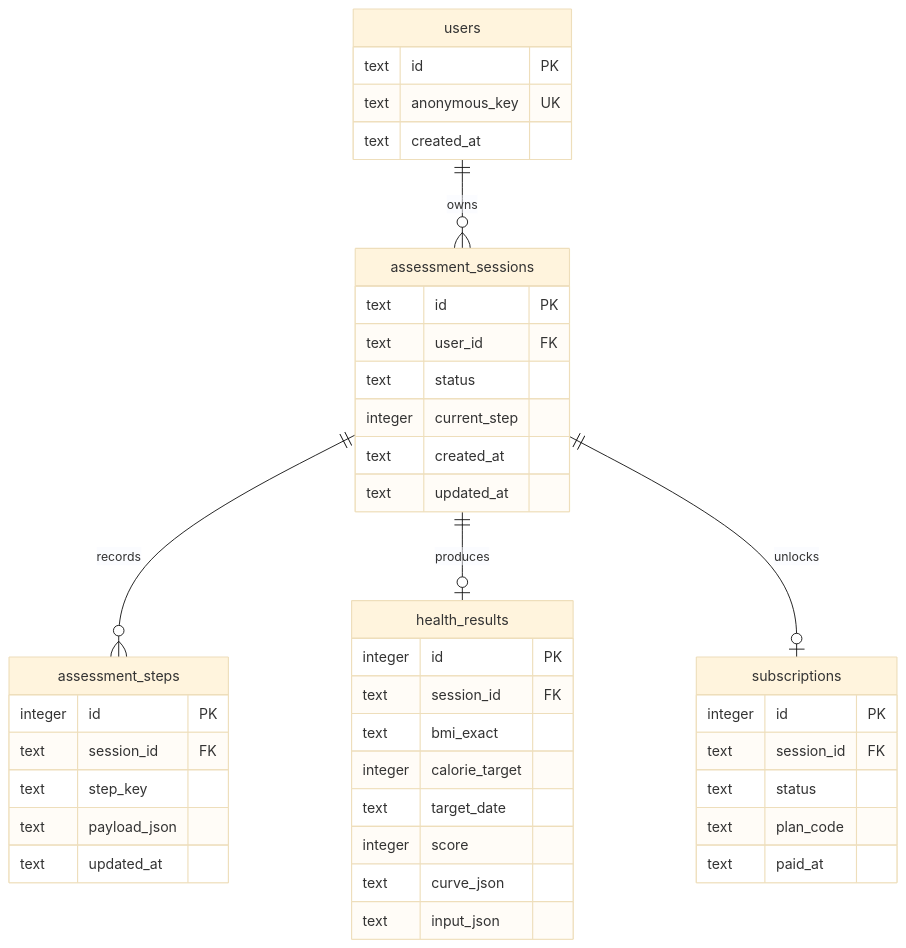
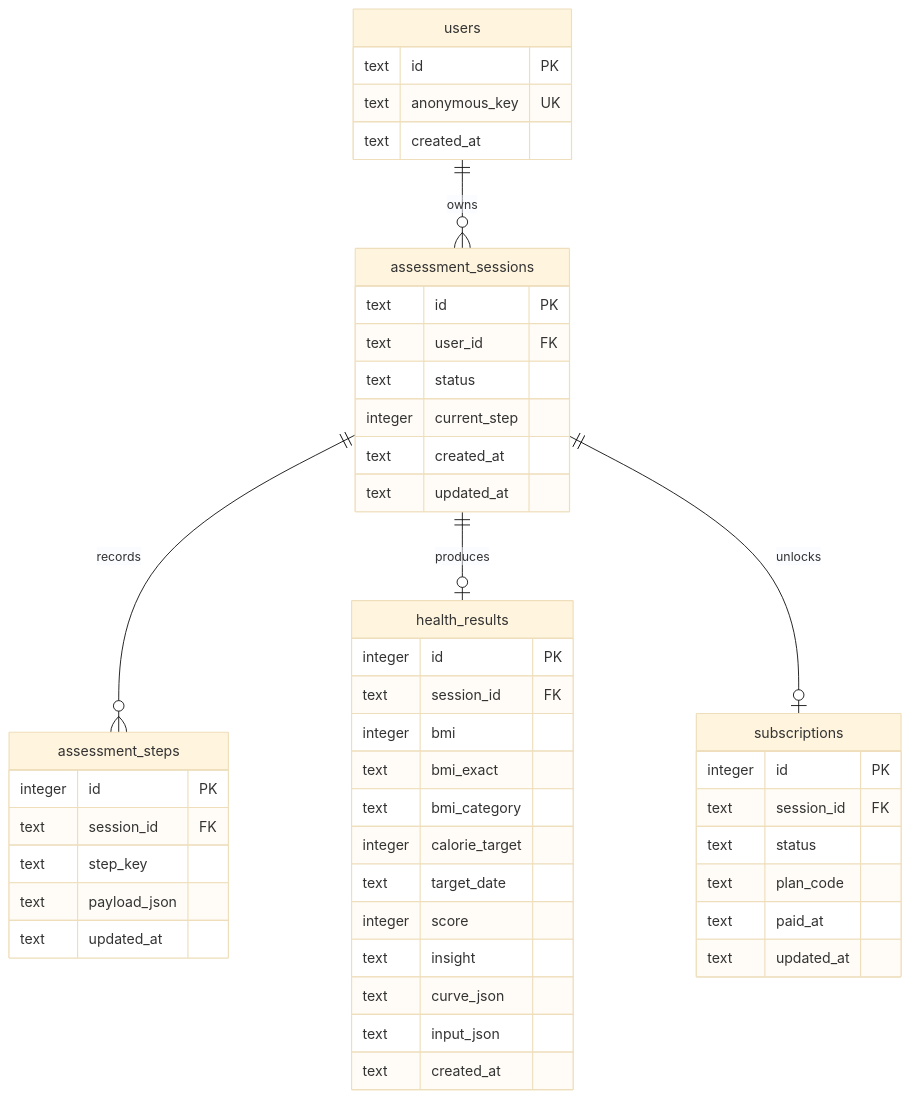
Before and after one commit to HongKai-hskd/health-signal-map: the diagram in README.md, drawn with Mermaid (base theme). The commit also changed other lines of this file and 11 other files, not shown here.

````diff
--- a/README.md
+++ b/README.md
@@ -117,45 +118,50 @@
 ```mermaid
 erDiagram
   users ||--o{ assessment_sessions : owns
   assessment_sessions ||--o{ assessment_steps : records
   assessment_sessions ||--o| health_results : produces
   assessment_sessions ||--o| subscriptions : unlocks
 
   users {
     text id PK
     text anonymous_key UK
     text created_at
   }
   assessment_sessions {
     text id PK
     text user_id FK
     text status
     integer current_step
     text created_at
     text updated_at
   }
   assessment_steps {
     integer id PK
     text session_id FK
     text step_key
     text payload_json
     text updated_at
   }
   health_results {
     integer id PK
     text session_id FK
+    integer bmi
     text bmi_exact
+    text bmi_category
     integer calorie_target
     text target_date
     integer score
+    text insight
     text curve_json
     text input_json
+    text created_at
   }
   subscriptions {
     integer id PK
     text session_id FK
     text status
     text plan_code
     text paid_at
+    text updated_at
   }
 ```
````
